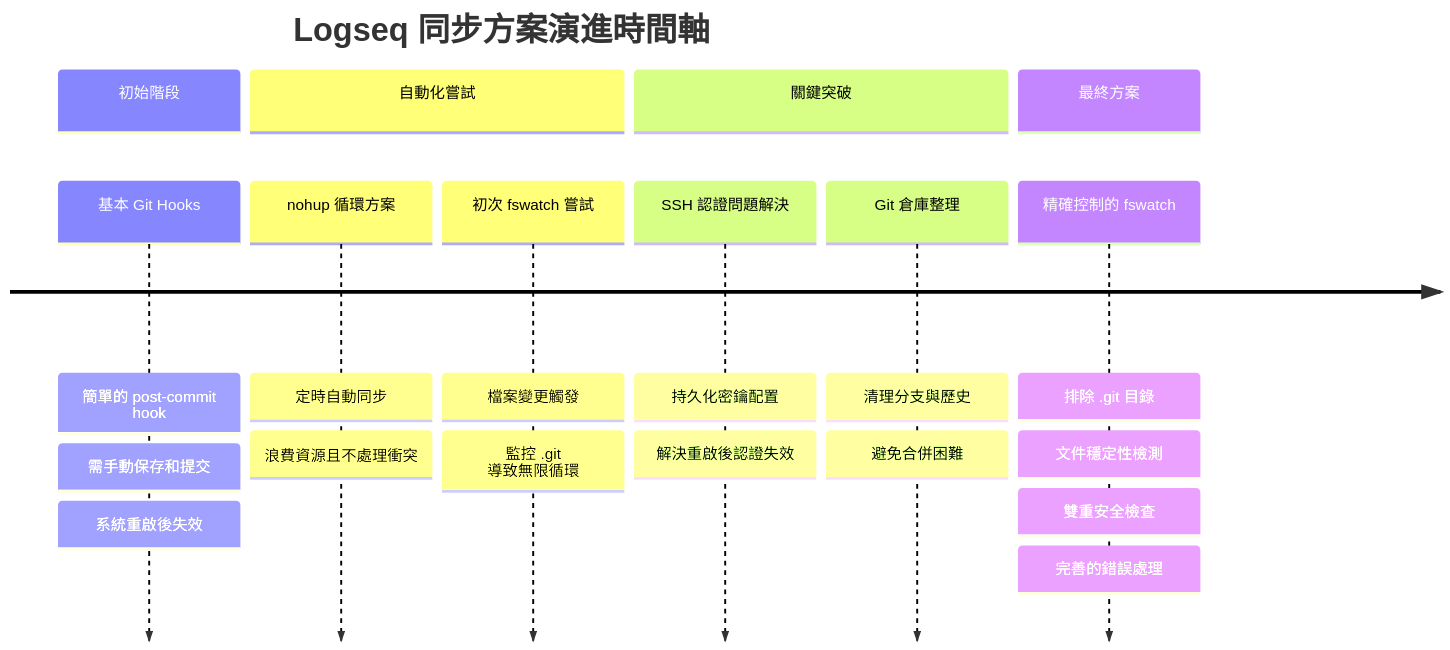
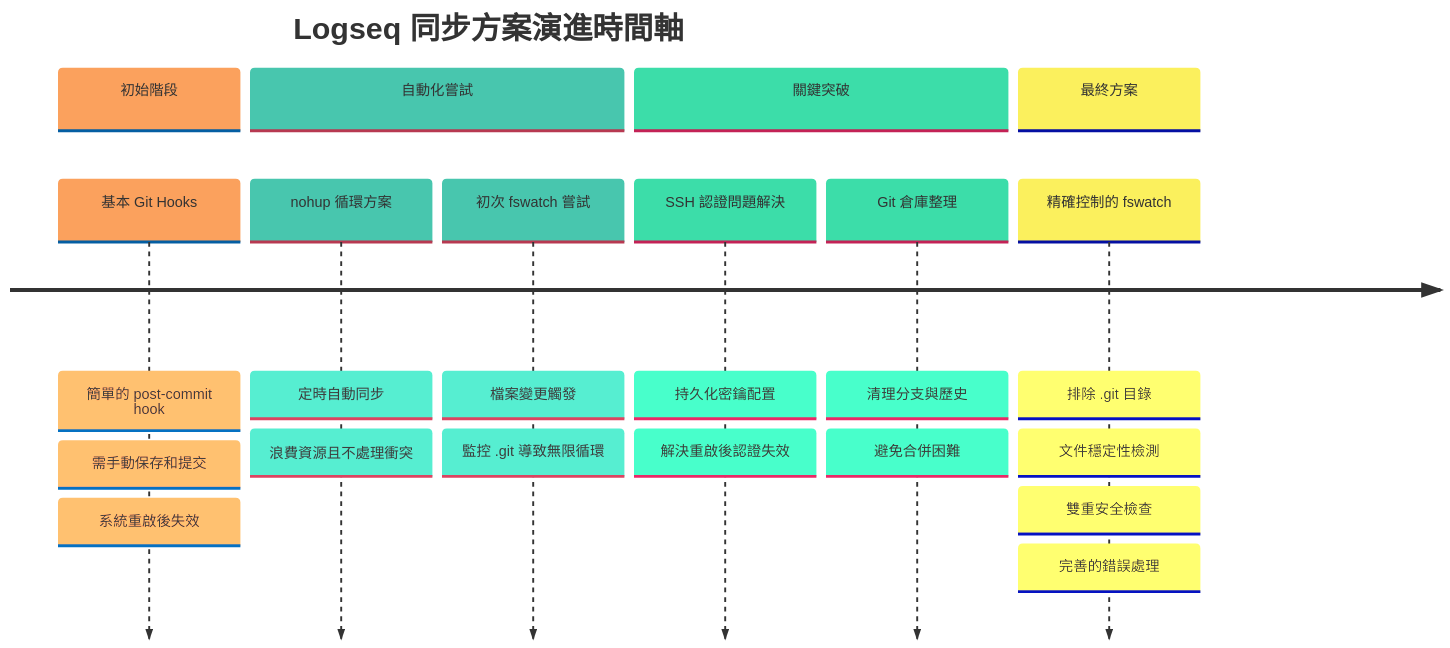
The first of 2 diagrams in Logseq同步方案演進記錄.md (GengGeng026/Sync-Logseq), drawn with Mermaid before and after one commit.

Commit message:
Auto-sync: Wed Mar 26 09:53:23 +08 2025

````diff
--- a/Logseq同步方案演進記錄.md
+++ b/Logseq同步方案演進記錄.md
@@ -24,38 +24,38 @@
 ```mermaid
 %%{init: {
   'theme': 'base', 
   'themeVariables': {
     'primaryColor': '#FEE9D9',
     'secondaryColor': '#A9E4D9',
     'tertiaryColor': '#A9F0D9',
     'lineColor': '#A9D9D9',
     'primaryBorderColor': '#A9D9D9',
     'background': 'transparent',
     'clusterBkg': 'transparent',
     'titleColor': '#FEE9D9',
     'fontFamily': 'default',
-    'fontSize': '
+    'fontSize': '15px'
   }
 }}%%
 timeline
     title Logseq 同步方案演進時間軸
     section 初始階段
         基本 Git Hooks : 簡單的 post-commit hook
         : 需手動保存和提交
         : 系統重啟後失效
     section 自動化嘗試
         nohup 循環方案 : 定時自動同步
         : 浪費資源且不處理衝突
         初次 fswatch 嘗試 : 檔案變更觸發
         : 監控 .git 導致無限循環
     section 關鍵突破
         SSH 認證問題解決 : 持久化密鑰配置
         : 解決重啟後認證失效
         Git 倉庫整理 : 清理分支與歷史
         : 避免合併困難
     section 最終方案
         精確控制的 fswatch : 排除 .git 目錄
         : 文件穩定性檢測
         : 雙重安全檢查
         : 完善的錯誤處理
 ```
````
